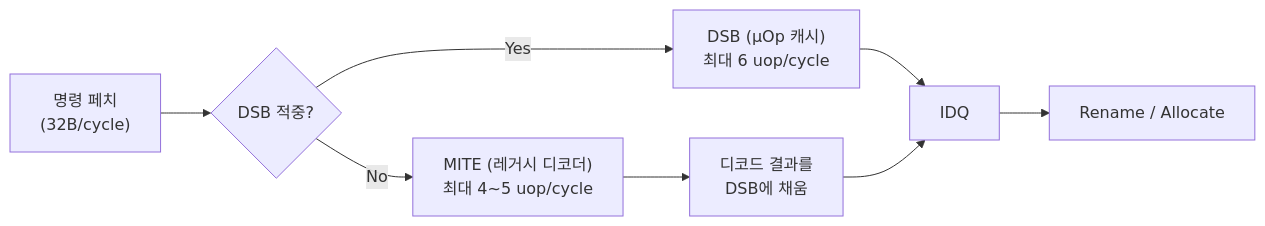
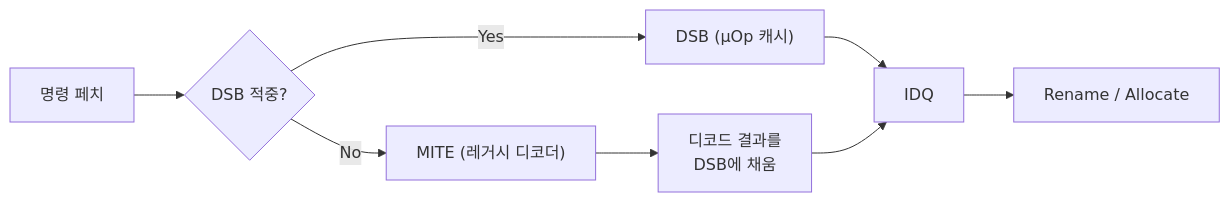
Before and after one commit to 42jerrykim/42jerrykim.github.io: the diagram in content/collection/optimization-05-cpu-microarchitecture/15-uop-cache-dsb/index.md, drawn with Mermaid. The commit also changed other lines of this file and 1 other file, not shown here.

First line of the commit message:
feat: optimization-05-cpu-microarchitecture/15-uop-cache-dsb post-quality-loop 채점 완료 (95.8점, 통과)

````diff
--- a/content/collection/optimization-05-cpu-microarchitecture/15-uop-cache-dsb/index.md
+++ b/content/collection/optimization-05-cpu-microarchitecture/15-uop-cache-dsb/index.md
@@ -74,10 +70,10 @@
 ```mermaid
 flowchart LR
-  fetch["명령 페치</br>(32B/cycle)"] --> hitCheck{"DSB 적중?"}
-  hitCheck -->|"Yes"| dsb["DSB (μOp 캐시)</br>최대 6 uop/cycle"]
-  hitCheck -->|"No"| mite["MITE (레거시 디코더)</br>최대 4~5 uop/cycle"]
+  fetch["명령 페치"] --> hitCheck{"DSB 적중?"}
+  hitCheck -->|"Yes"| dsb["DSB (μOp 캐시)"]
+  hitCheck -->|"No"| mite["MITE (레거시 디코더)"]
   mite --> fillDsb["디코드 결과를</br>DSB에 채움"]
   dsb --> idq["IDQ"]
   fillDsb --> idq
   idq --> rename["Rename / Allocate"]
 ```
````
